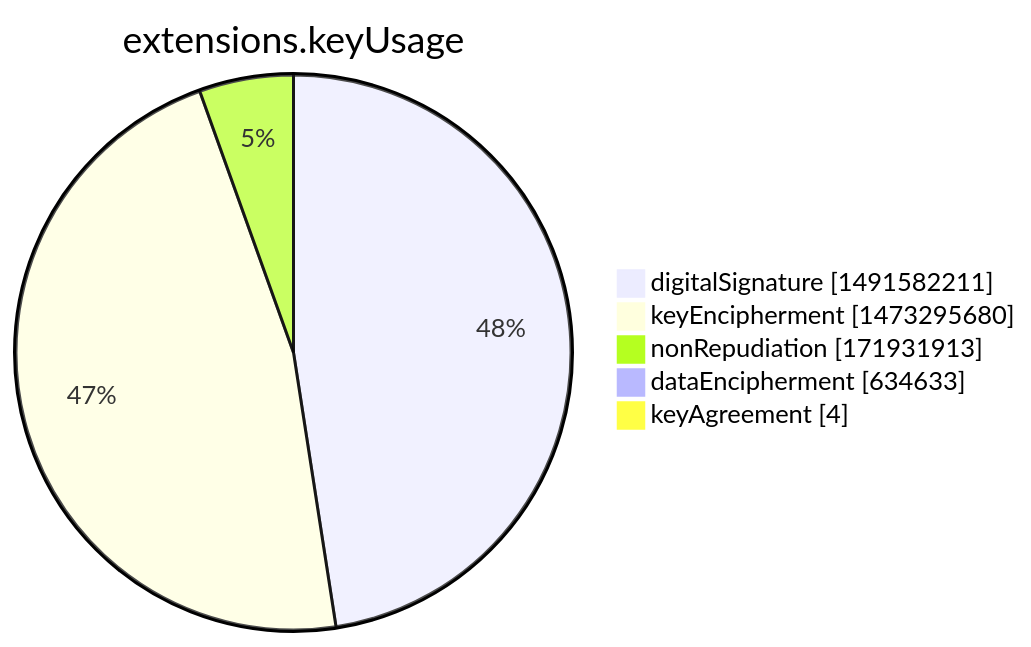
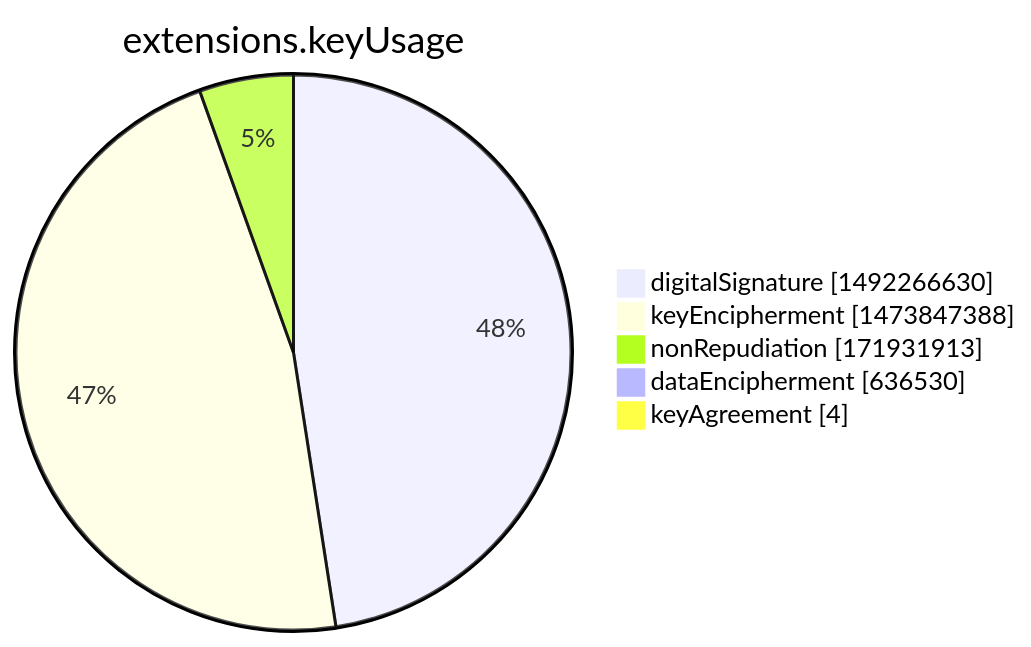
The seventh of 15 diagrams in argon2022/README.md (christiankrug/ctmonitor_visualization), drawn with Mermaid before and after one commit. The commit also changed other lines of this file, not shown here.

````diff
--- a/argon2022/README.md
+++ b/argon2022/README.md
@@ -2751,9 +2751,9 @@
 ```mermaid
 pie showData
 title extensions.keyUsage
-"digitalSignature" :1491582211
-"keyEncipherment" :1473295680
+"digitalSignature" :1492266630
+"keyEncipherment" :1473847388
 "nonRepudiation" :171931913
-"dataEncipherment" :634633
+"dataEncipherment" :636530
 "keyAgreement" :4
 ```
````
